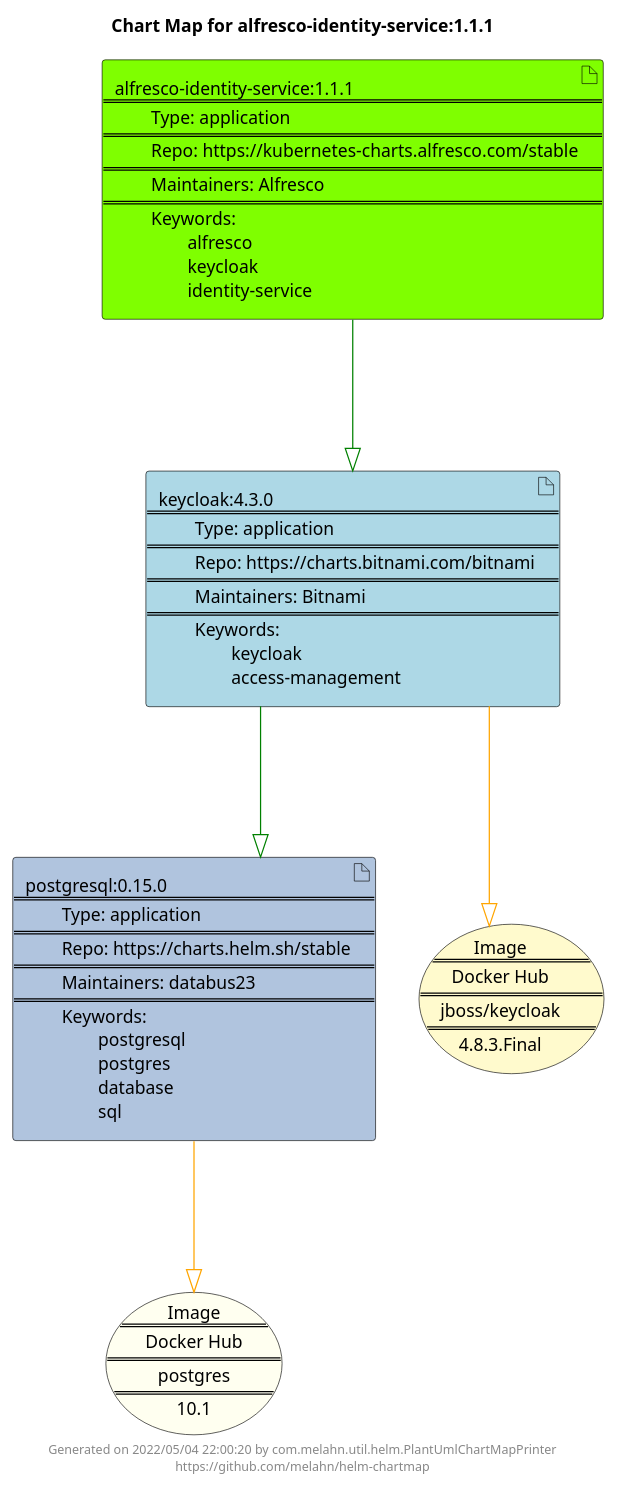
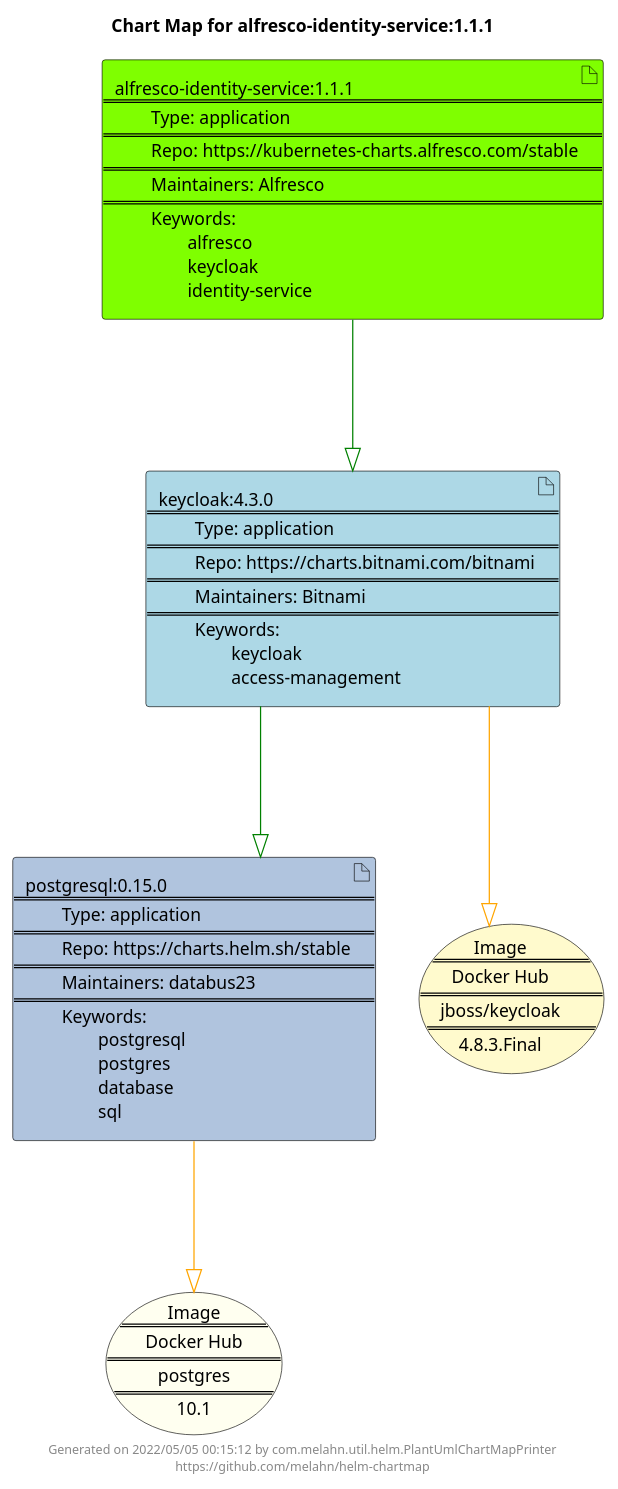
One commit to melahn/helm-chartmap changed the diagram in docs/alfresco-identity-service/alfresco-identity-service-1.1.1.puml. Above: the diagram before and after it, drawn with PlantUML. The commit also changed 62 other files, not shown here.

Commit message:
Update Example Chart Maps as part of GitHub build

```diff
--- a/docs/alfresco-identity-service/alfresco-identity-service-1.1.1.puml
+++ b/docs/alfresco-identity-service/alfresco-identity-service-1.1.1.puml
@@ -1,27 +1,27 @@
 @startuml
 skinparam linetype ortho
 skinparam backgroundColor white
 skinparam usecaseBorderColor black
 skinparam usecaseArrowColor LightSlateGray
 skinparam artifactBorderColor black
 skinparam artifactArrowColor LightSlateGray
 
 title Chart Map for alfresco-identity-service:1.1.1
 
 'There are 3 referenced Helm Charts
 artifact "postgresql:0.15.0\n====\n\tType: application\n====\n\tRepo: https://charts.helm.sh/stable\n====\n\tMaintainers: databus23\n====\n\tKeywords: \n\t\tpostgresql\n\t\tpostgres\n\t\tdatabase\n\t\tsql" as postgresql_0_15_0 #LightSteelBlue
 artifact "alfresco-identity-service:1.1.1\n====\n\tType: application\n====\n\tRepo: https://kubernetes-charts.alfresco.com/stable\n====\n\tMaintainers: Alfresco\n====\n\tKeywords: \n\t\talfresco\n\t\tkeycloak\n\t\tidentity-service" as alfresco_identity_service_1_1_1 #Chartreuse
 artifact "keycloak:4.3.0\n====\n\tType: application\n====\n\tRepo: https://charts.bitnami.com/bitnami\n====\n\tMaintainers: Bitnami\n====\n\tKeywords: \n\t\tkeycloak\n\t\taccess-management" as keycloak_4_3_0 #LightBlue
 
 'There are 2 referenced Docker Images
 usecase "Image\n====\nDocker Hub\n====\npostgres\n====\n10.1" as postgres_10_1 #Ivory
 usecase "Image\n====\nDocker Hub\n====\njboss/keycloak\n====\n4.8.3.Final" as jboss_keycloak_4_8_3_Final #LemonChiffon
 
 'Chart Dependencies
 alfresco_identity_service_1_1_1--[#green]-|>keycloak_4_3_0
 keycloak_4_3_0--[#green]-|>postgresql_0_15_0
 postgresql_0_15_0--[#orange]-|>postgres_10_1
 keycloak_4_3_0--[#orange]-|>jboss_keycloak_4_8_3_Final
 
-center footer Generated on 2022/05/04 22:00:20 by com.melahn.util.helm.PlantUmlChartMapPrinter\nhttps://github.com/melahn/helm-chartmap
+center footer Generated on 2022/05/05 00:15:12 by com.melahn.util.helm.PlantUmlChartMapPrinter\nhttps://github.com/melahn/helm-chartmap
 @enduml
```
